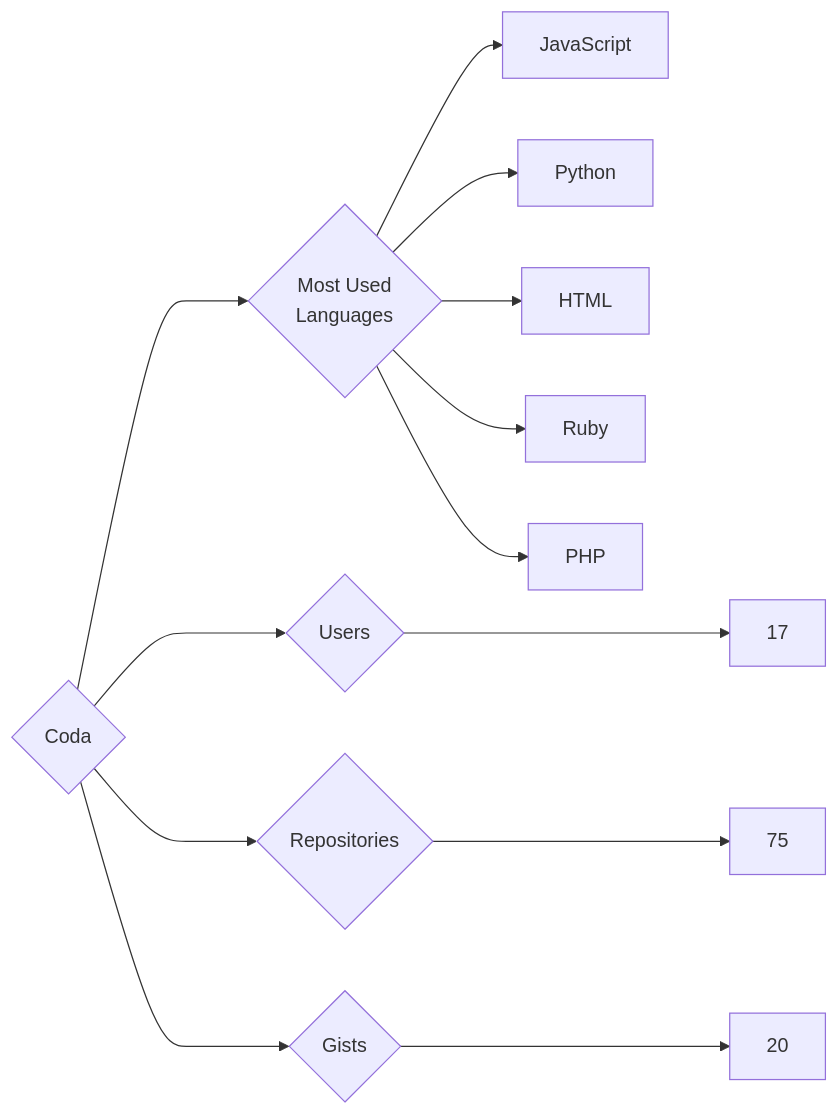
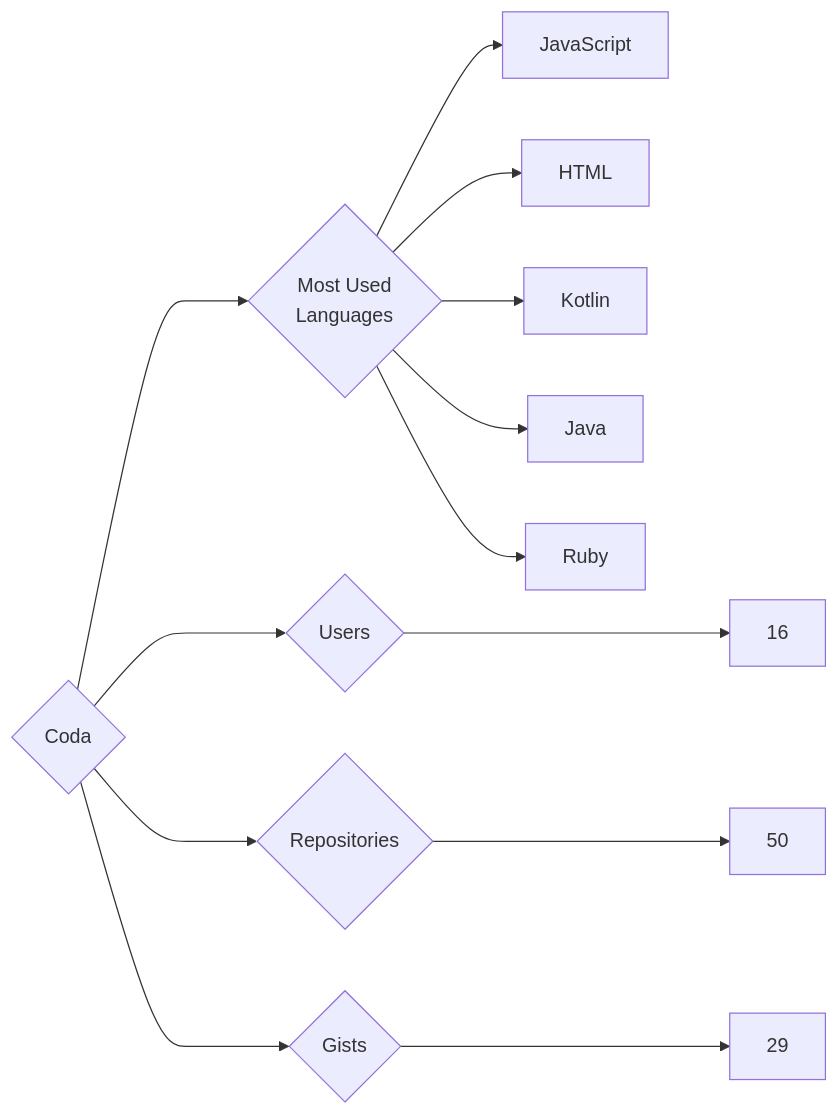
One commit to trickest/insiders changed the diagram in targets/Coda/README.md. Above: the diagram before and after it, drawn with Mermaid. The commit also changed 814 other files, not shown here.

````diff
--- a/targets/Coda/README.md
+++ b/targets/Coda/README.md
@@ -3,13 +3,13 @@
 ```mermaid
 graph LR
 COMPANY_NAME{Coda}
-COMPANY_NAME ---> U{Users} ---> UN[17]
-COMPANY_NAME ---> R{Repositories} ---> RN[75]
-COMPANY_NAME ---> G{Gists} ---> GN[20]
+COMPANY_NAME ---> U{Users} ---> UN[16]
+COMPANY_NAME ---> R{Repositories} ---> RN[50]
+COMPANY_NAME ---> G{Gists} ---> GN[29]
 COMPANY_NAME ---> ML{Most Used<br>Languages}
 ML --> JavaScript[JavaScript]
-ML --> Python[Python]
 ML --> HTML[HTML]
+ML --> Kotlin[Kotlin]
+ML --> Java[Java]
 ML --> Ruby[Ruby]
-ML --> PHP[PHP]
 ```
````
